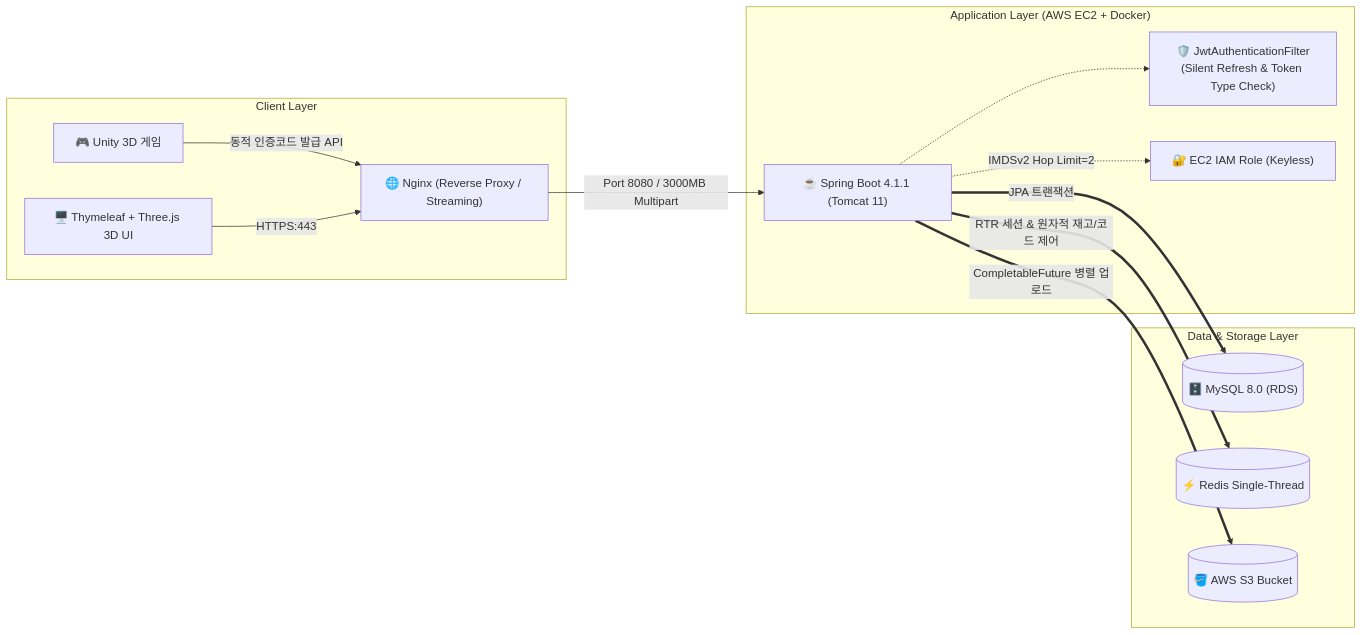
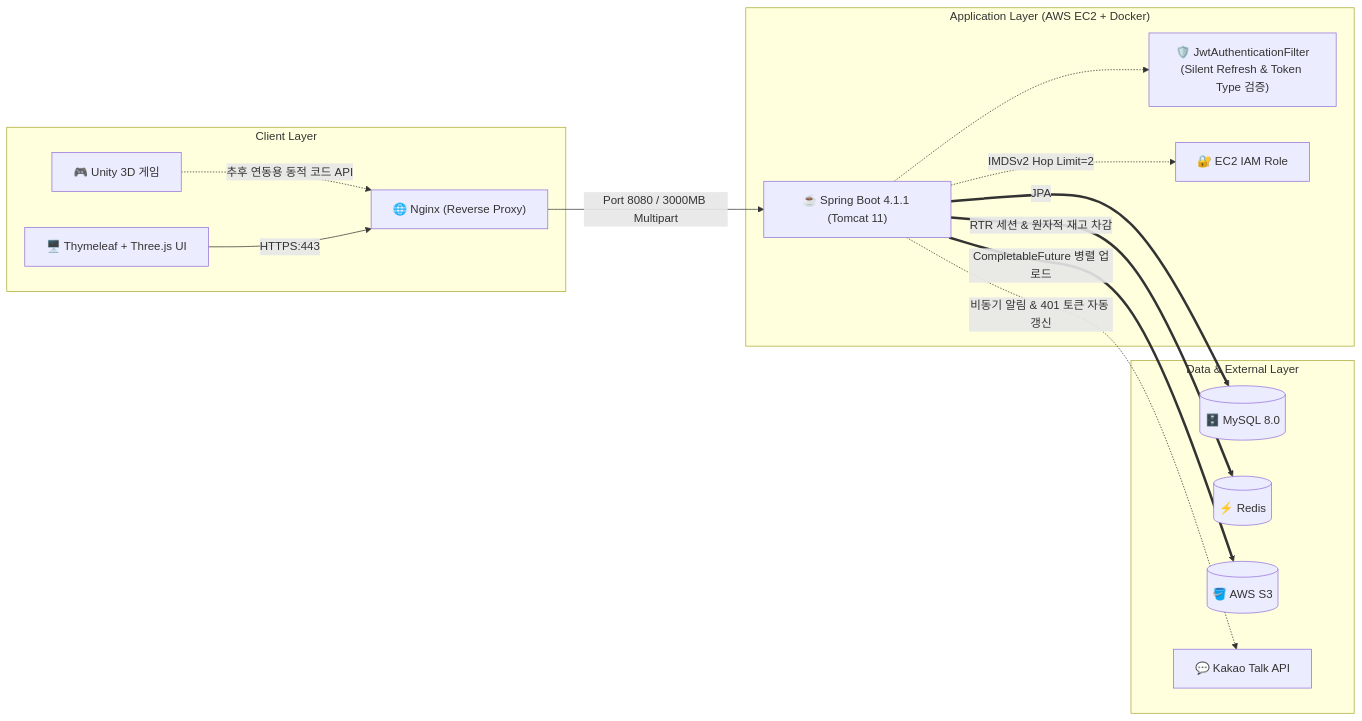
One commit to hoehoeabi/RoomTherapy changed the second of 3 diagrams in README.md. Above: the diagram before and after it, drawn with Mermaid. The commit also changed other lines of this file, not shown here.

Commit message:
docs: v2.2.0 기능(카카오톡 알림, 피드백 관리, 인증코드 전략) 및 아키텍처 반영 README 최신화

````diff
--- a/README.md
+++ b/README.md
@@ -97,19 +101,20 @@
 ```mermaid
 flowchart LR
     subgraph ClientLayer ["Client Layer"]
-        Unity["🎮 Unity 3D 게임"] -->|동적 인증코드 발급 API| Nginx
-        WebUI["🖥️ Thymeleaf + Three.js 3D UI"] -->|HTTPS:443| Nginx["🌐 Nginx (Reverse Proxy / Streaming)"]
+        Unity["🎮 Unity 3D 게임"] -.->|추후 연동용 동적 코드 API| Nginx
+        WebUI["🖥️ Thymeleaf + Three.js UI"] -->|HTTPS:443| Nginx["🌐 Nginx (Reverse Proxy)"]
     end
 
     subgraph ServiceLayer ["Application Layer (AWS EC2 + Docker)"]
         Nginx -->|Port 8080 / 3000MB Multipart| App["☕ Spring Boot 4.1.1 (Tomcat 11)"]
-        App -.-> Filter["🛡️ JwtAuthenticationFilter<br/>(Silent Refresh & Token Type Check)"]
-        App -.->|IMDSv2 Hop Limit=2| IAM["🔐 EC2 IAM Role (Keyless)"]
+        App -.-> Filter["🛡️ JwtAuthenticationFilter<br/>(Silent Refresh & Token Type 검증)"]
+        App -.->|IMDSv2 Hop Limit=2| IAM["🔐 EC2 IAM Role"]
     end
 
-    subgraph DataLayer ["Data & Storage Layer"]
-        App ==>|JPA 트랜잭션| MySQL[("🗄️ MySQL 8.0 (RDS)")]
-        App ==>|RTR 세션 & 원자적 재고/코드 제어| Redis[("⚡ Redis Single-Thread")]
-        App ==>|CompletableFuture 병렬 업로드| S3[("🪣 AWS S3 Bucket")]
+    subgraph DataAndExternalLayer ["Data & External Layer"]
+        App ==>|JPA| MySQL[("🗄️ MySQL 8.0")]
+        App ==>|RTR 세션 & 원자적 재고 차감| Redis[("⚡ Redis")]
+        App ==>|CompletableFuture 병렬 업로드| S3[("🪣 AWS S3")]
+        App -.->|비동기 알림 & 401 토큰 자동 갱신| Kakao["💬 Kakao Talk API"]
     end
 ```
````
